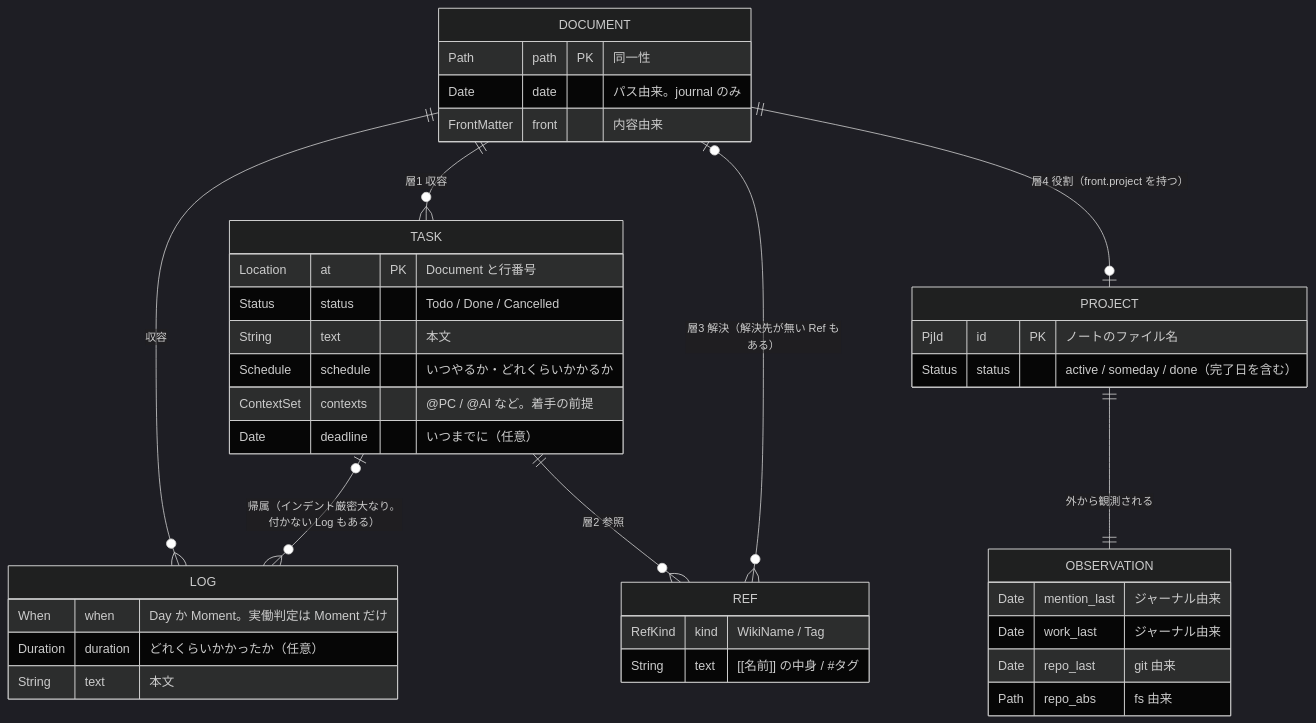
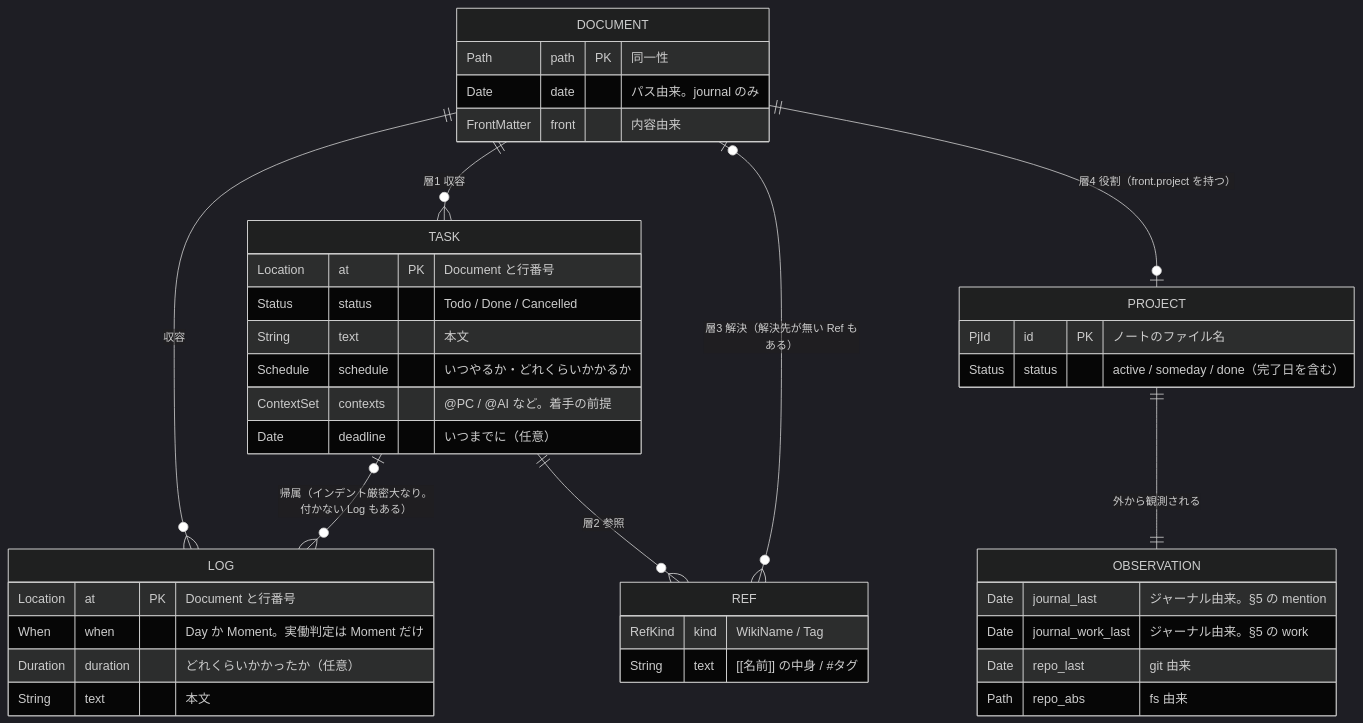
One commit to firstforest/daily-task-logger changed the diagram in docs/domain.md. Above: the diagram before and after it, drawn with Mermaid (dark theme). The commit also changed other lines of this file, not shown here.

````diff
--- a/docs/domain.md
+++ b/docs/domain.md
@@ -297,43 +312,44 @@
 ```mermaid
 erDiagram
     DOCUMENT ||--o{ TASK : "層1 収容"
     DOCUMENT ||--o{ LOG : "収容"
     TASK |o--o{ LOG : "帰属（インデント厳密大なり。付かない Log もある）"
     TASK ||--o{ REF : "層2 参照"
     REF }o--o| DOCUMENT : "層3 解決（解決先が無い Ref もある）"
     DOCUMENT ||--o| PROJECT : "層4 役割（front.project を持つ）"
     PROJECT ||--|| OBSERVATION : "外から観測される"
 
     DOCUMENT {
         Path path PK "同一性"
         Date date "パス由来。journal のみ"
         FrontMatter front "内容由来"
     }
     TASK {
         Location at PK "Document と行番号"
         Status status "Todo / Done / Cancelled"
         String text "本文"
         Schedule schedule "いつやるか・どれくらいかかるか"
         ContextSet contexts "@PC / @AI など。着手の前提"
         Date deadline "いつまでに（任意）"
     }
     REF {
         RefKind kind "WikiName / Tag"
         String text "[[名前]] の中身 / #タグ"
     }
     PROJECT {
         PjId id PK "ノートのファイル名"
         Status status "active / someday / done（完了日を含む）"
     }
     LOG {
+        Location at PK "Document と行番号"
         When when "Day か Moment。実働判定は Moment だけ"
         Duration duration "どれくらいかかったか（任意）"
         String text "本文"
     }
     OBSERVATION {
-        Date mention_last "ジャーナル由来"
-        Date work_last "ジャーナル由来"
+        Date journal_last "ジャーナル由来。§5 の mention"
+        Date journal_work_last "ジャーナル由来。§5 の work"
         Date repo_last "git 由来"
         Path repo_abs "fs 由来"
     }
 ```
````
